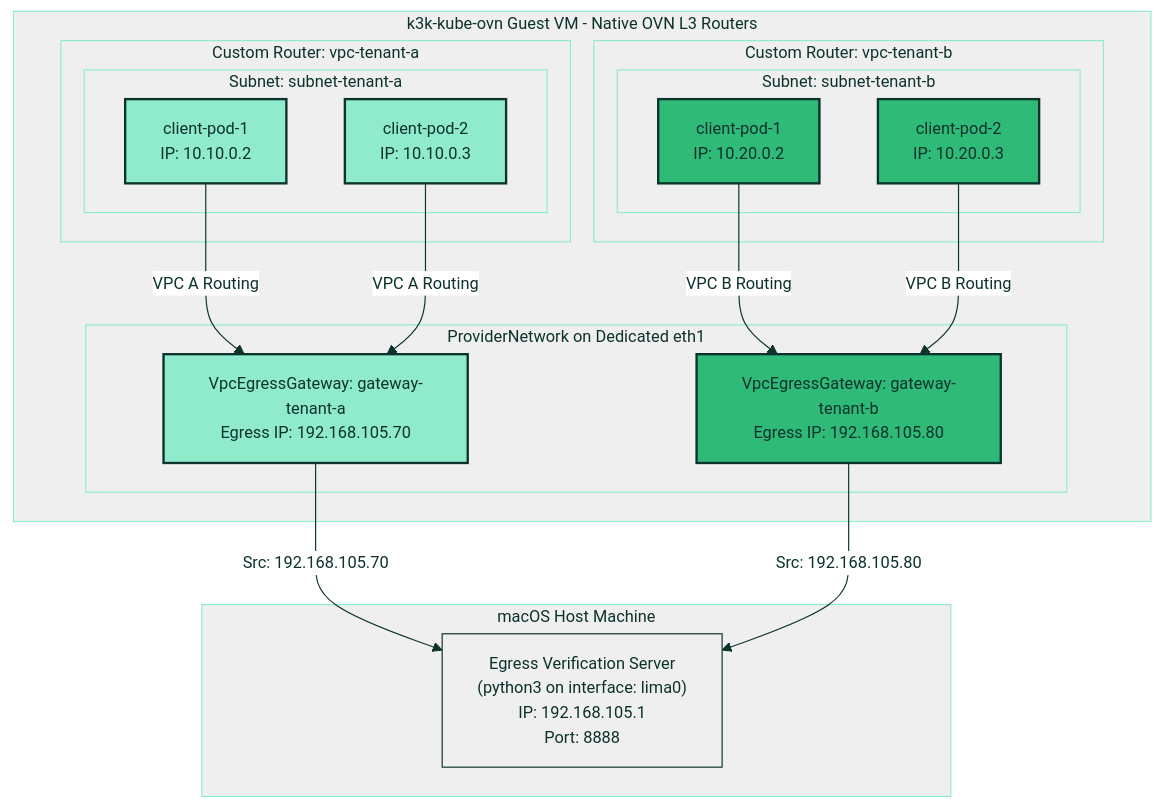
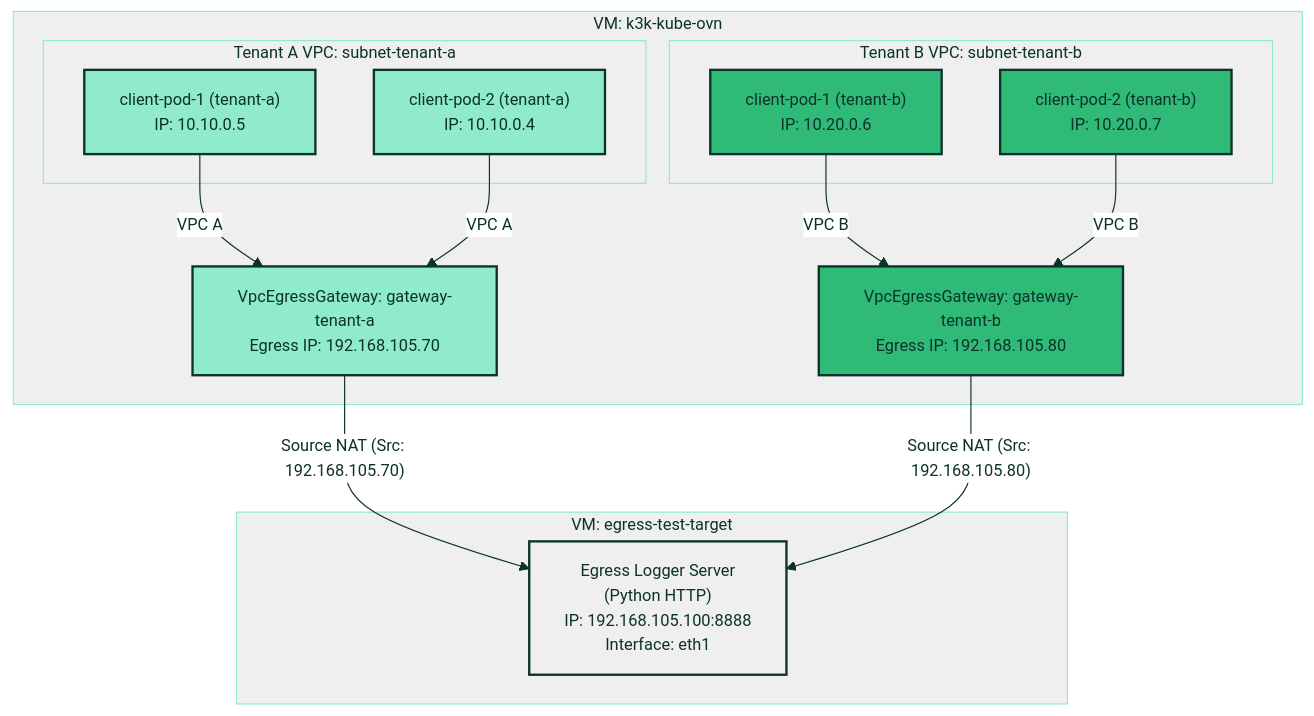
The second of 2 diagrams in docs/egress-gateway-experiment.md (coulof/k3k-kube-ovn), drawn with Mermaid before and after one commit. The commit also changed other lines of this file and 2 other files, not shown here.

Commit message:
docs: consolidate egress experiment docs into unified master guide

````diff
--- a/docs/egress-gateway-experiment.md
+++ b/docs/egress-gateway-experiment.md
@@ -19,62 +100,56 @@
 ```mermaid
 %%{init: {
   'theme': 'base',
   'themeVariables': {
     'fontFamily': 'SUSE, sans-serif',
     'fontSize': '14px',
     'primaryColor': '#30ba78',
     'primaryTextColor': '#0c322c',
     'primaryBorderColor': '#30ba78',
     'lineColor': '#0c322c',
     'secondaryColor': '#0c322c',
     'tertiaryColor': '#90ebcd',
     'mainBkg': '#ffffff',
     'nodeBorder': '#0c322c',
     'clusterBkg': '#efefef',
     'clusterBorder': '#90ebcd',
     'titleColor': '#0c322c',
     'edgeLabelBackground':'#ffffff'
   }
 } }%%
 graph TD
     %% Styling
     classDef default fill:#ffffff,stroke:#0c322c,stroke-width:1px,color:#0c322c;
-    classDef macos fill:#efefef,stroke:#0c322c,stroke-width:1px,color:#0c322c;
+    classDef target fill:#efefef,stroke:#0c322c,stroke-width:2px,color:#0c322c;
     classDef tenantA fill:#90ebcd,stroke:#0c322c,stroke-width:2px,color:#0c322c;
     classDef tenantB fill:#30ba78,stroke:#0c322c,stroke-width:2px,color:#0c322c;
 
-    subgraph macOS [macOS Host Machine]
-        srv["Egress Verification Server<br/>(python3 on interface: lima0)<br/>IP: 192.168.105.1<br/>Port: 8888"]:::macos
+    subgraph targetVM [VM: egress-test-target]
+        srv["Egress Logger Server<br/>(Python HTTP)<br/>IP: 192.168.105.100:8888<br/>Interface: eth1"]:::target
     end
 
-    subgraph GuestVM [k3k-kube-ovn Guest VM - Native OVN L3 Routers]
-        subgraph VPCA [Custom Router: vpc-tenant-a]
-            subgraph Subnet A [Subnet: subnet-tenant-a]
-                podA1["client-pod-1<br/>IP: 10.10.0.2"]:::tenantA
-                podA2["client-pod-2<br/>IP: 10.10.0.3"]:::tenantA
-            end
+    subgraph hostVM [VM: k3k-kube-ovn]
+        subgraph Subnet A [Tenant A VPC: subnet-tenant-a]
+            podA1["client-pod-1 (tenant-a)<br/>IP: 10.10.0.5"]:::tenantA
+            podA2["client-pod-2 (tenant-a)<br/>IP: 10.10.0.4"]:::tenantA
         end
 
-        subgraph VPCB [Custom Router: vpc-tenant-b]
-            subgraph Subnet B [Subnet: subnet-tenant-b]
-                podB1["client-pod-1<br/>IP: 10.20.0.2"]:::tenantB
-                podB2["client-pod-2<br/>IP: 10.20.0.3"]:::tenantB
-            end
+        subgraph Subnet B [Tenant B VPC: subnet-tenant-b]
+            podB1["client-pod-1 (tenant-b)<br/>IP: 10.20.0.6"]:::tenantB
+            podB2["client-pod-2 (tenant-b)<br/>IP: 10.20.0.7"]:::tenantB
         end
 
-        %% Physical Bridge Interconnection
-        subgraph EgressNet [ProviderNetwork on Dedicated eth1]
-            vegA["VpcEgressGateway: gateway-tenant-a<br/>Egress IP: 192.168.105.70"]:::tenantA
-            vegB["VpcEgressGateway: gateway-tenant-b<br/>Egress IP: 192.168.105.80"]:::tenantB
-        end
+        %% OVN Native Gateways
+        gwA["VpcEgressGateway: gateway-tenant-a<br/>Egress IP: 192.168.105.70"]:::tenantA
+        gwB["VpcEgressGateway: gateway-tenant-b<br/>Egress IP: 192.168.105.80"]:::tenantB
     end
 
     %% Outgoing traffic paths
-    podA1 -- "VPC A Routing" --> vegA
-    podA2 -- "VPC A Routing" --> vegA
-    vegA -- "Src: 192.168.105.70" --> srv
+    podA1 -- "VPC A" --> gwA
+    podA2 -- "VPC A" --> gwA
+    gwA --> |"Source NAT (Src: 192.168.105.70)"| srv
 
-    podB1 -- "VPC B Routing" --> vegB
-    podB2 -- "VPC B Routing" --> vegB
-    vegB -- "Src: 192.168.105.80" --> srv
+    podB1 -- "VPC B" --> gwB
+    podB2 -- "VPC B" --> gwB
+    gwB --> |"Source NAT (Src: 192.168.105.80)"| srv
 ```
````
